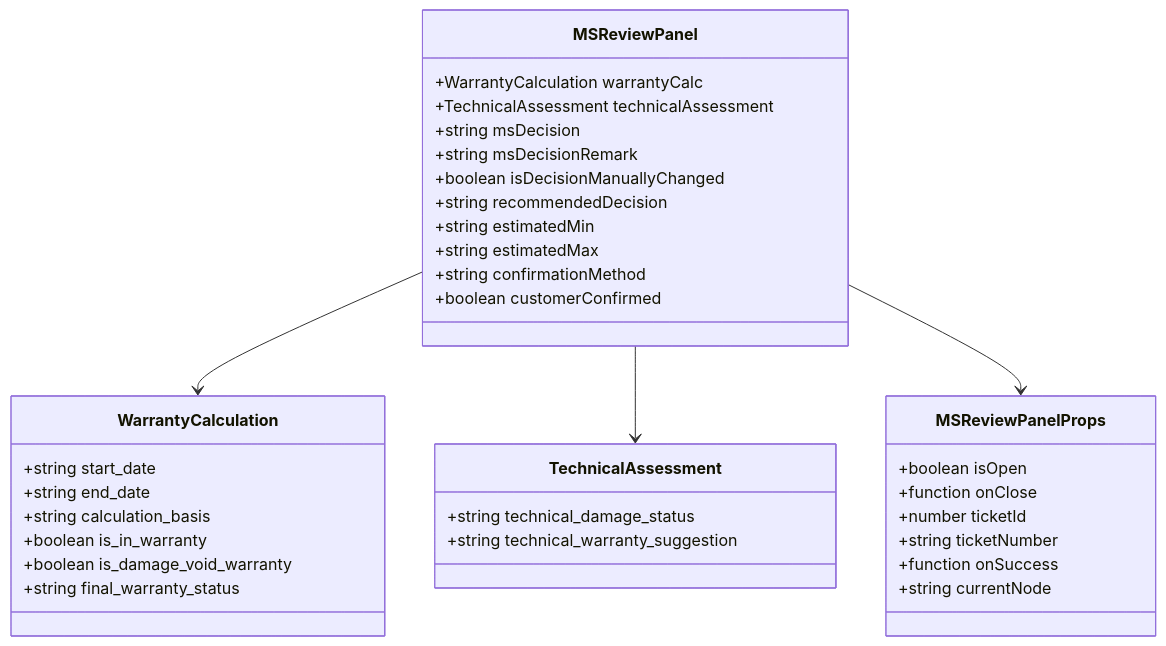
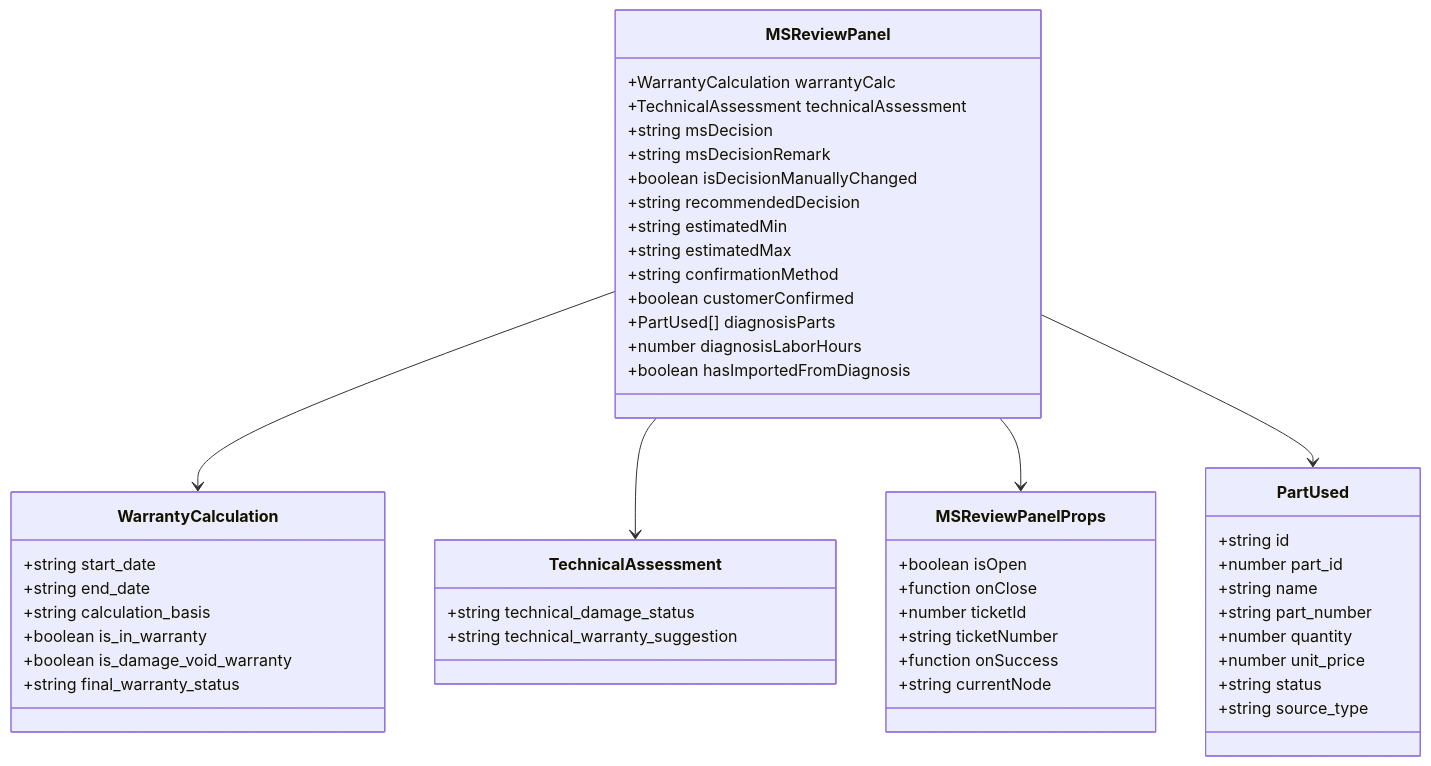
Before and after one commit to CubeEdge/Longhorn: the second of 9 diagrams in .qoder/repowiki/zh/content/前端组件架构/服务工作流增强/MSReviewPanel 评审面板.md, drawn with Mermaid. The commit also changed other lines of this file and 28 other files, not shown here.

````diff
--- a/.qoder/repowiki/zh/content/前端组件架构/服务工作流增强/MSReviewPanel 评审面板.md
+++ b/.qoder/repowiki/zh/content/前端组件架构/服务工作流增强/MSReviewPanel 评审面板.md
@@ -73,38 +95,52 @@
 ```mermaid
 classDiagram
 class WarrantyCalculation {
 +string start_date
 +string end_date
 +string calculation_basis
 +boolean is_in_warranty
 +boolean is_damage_void_warranty
 +string final_warranty_status
 }
 class TechnicalAssessment {
 +string technical_damage_status
 +string technical_warranty_suggestion
 }
 class MSReviewPanelProps {
 +boolean isOpen
 +function onClose
 +number ticketId
 +string ticketNumber
 +function onSuccess
 +string currentNode
 }
 class MSReviewPanel {
 +WarrantyCalculation warrantyCalc
 +TechnicalAssessment technicalAssessment
 +string msDecision
 +string msDecisionRemark
 +boolean isDecisionManuallyChanged
 +string recommendedDecision
 +string estimatedMin
 +string estimatedMax
 +string confirmationMethod
 +boolean customerConfirmed
++PartUsed[] diagnosisParts
++number diagnosisLaborHours
++boolean hasImportedFromDiagnosis
+}
+class PartUsed {
++string id
++number part_id
++string name
++string part_number
++number quantity
++number unit_price
++string status
++string source_type
 }
 MSReviewPanel --> WarrantyCalculation
 MSReviewPanel --> TechnicalAssessment
 MSReviewPanel --> MSReviewPanelProps
+MSReviewPanel --> PartUsed
 ```
````
